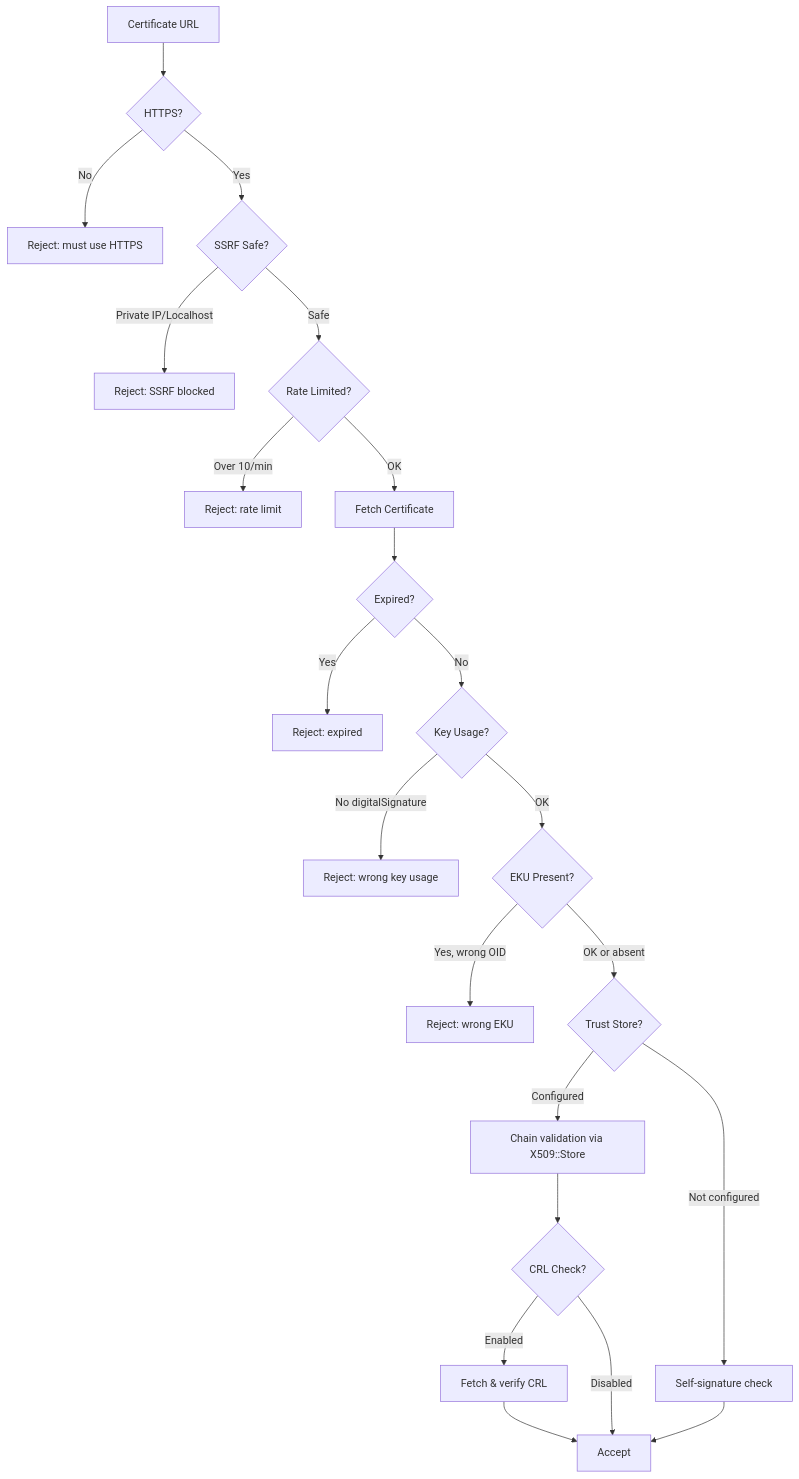
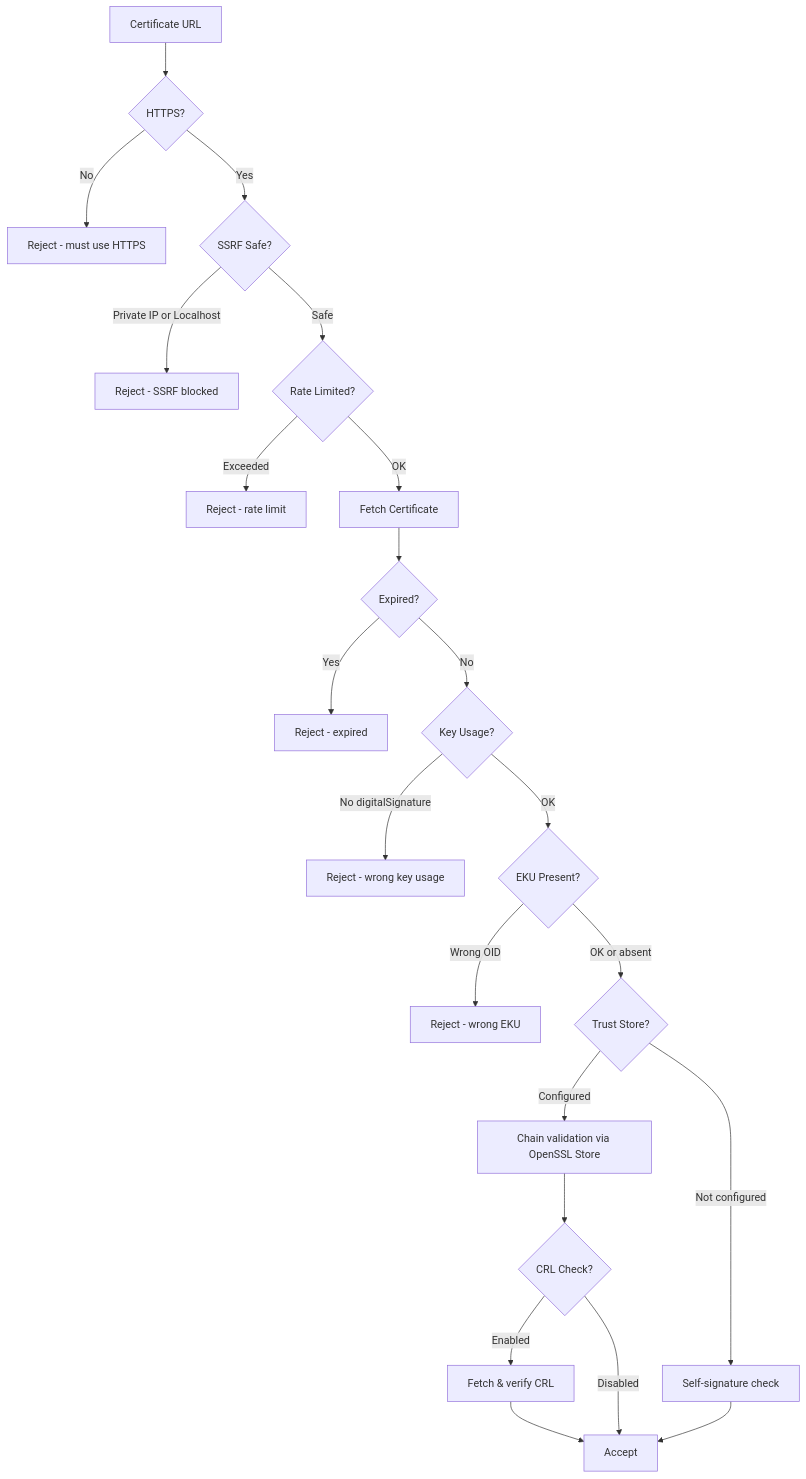
The fifth of 5 diagrams in README.md (briankwest/stirshaken-ruby), drawn with Mermaid before and after one commit. The commit also changed other lines of this file, not shown here.

Commit message:
fix: Escape special characters in Mermaid diagrams
Remove colons, angle brackets, semicolons, slashes, and arrows
from Mermaid node labels and notes that break GitHub rendering.

````diff
--- a/README.md
+++ b/README.md
@@ -103,24 +103,24 @@
 ```mermaid
 flowchart TD
     A[Certificate URL] --> B{HTTPS?}
-    B -->|No| X1[Reject: must use HTTPS]
+    B -->|No| X1[Reject - must use HTTPS]
     B -->|Yes| C{SSRF Safe?}
-    C -->|Private IP/Localhost| X2[Reject: SSRF blocked]
+    C -->|Private IP or Localhost| X2[Reject - SSRF blocked]
     C -->|Safe| D{Rate Limited?}
-    D -->|Over 10/min| X3[Reject: rate limit]
+    D -->|Exceeded| X3[Reject - rate limit]
     D -->|OK| E[Fetch Certificate]
     E --> F{Expired?}
-    F -->|Yes| X4[Reject: expired]
+    F -->|Yes| X4[Reject - expired]
     F -->|No| G{Key Usage?}
-    G -->|No digitalSignature| X5[Reject: wrong key usage]
+    G -->|No digitalSignature| X5[Reject - wrong key usage]
     G -->|OK| H{EKU Present?}
-    H -->|Yes, wrong OID| X6[Reject: wrong EKU]
+    H -->|Wrong OID| X6[Reject - wrong EKU]
     H -->|OK or absent| I{Trust Store?}
-    I -->|Configured| J[Chain validation via X509::Store]
+    I -->|Configured| J[Chain validation via OpenSSL Store]
     I -->|Not configured| K[Self-signature check]
     J --> L{CRL Check?}
     L -->|Enabled| M[Fetch & verify CRL]
     L -->|Disabled| N[Accept]
     K --> N
     M --> N
 ```
````
